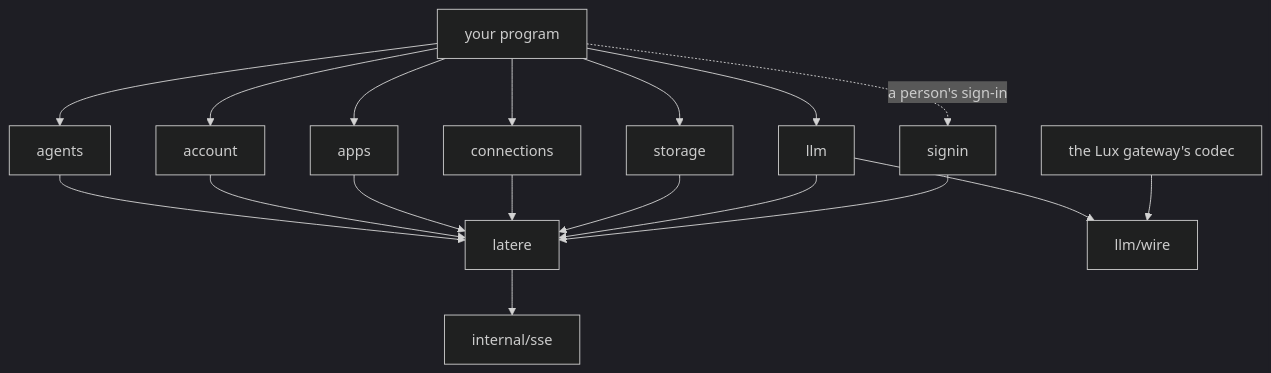
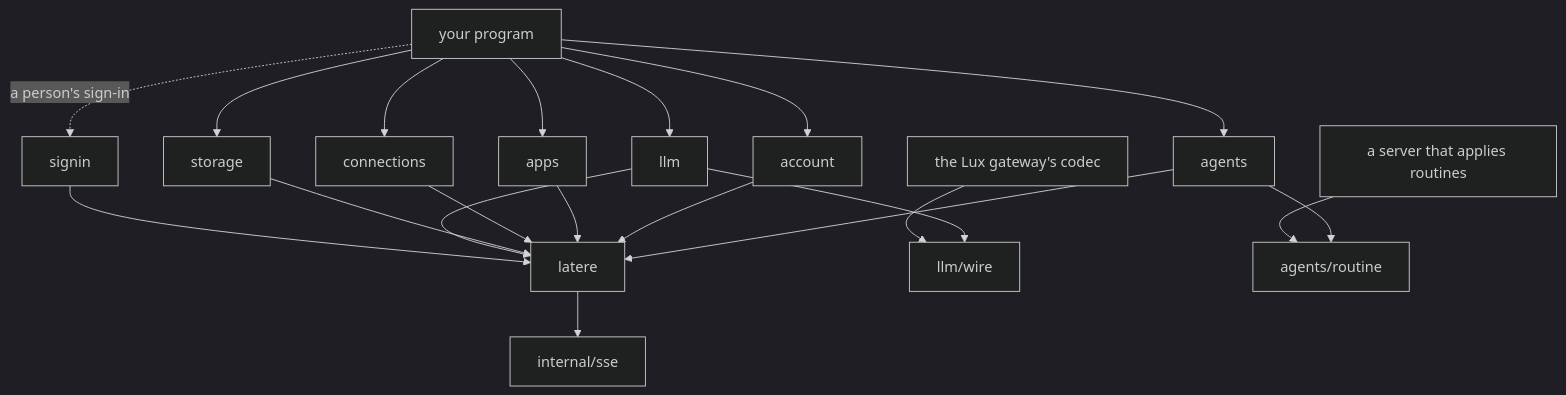
One commit to latere-ai/sdk-go changed the diagram in docs/design.md. Above: the diagram before and after it, drawn with Mermaid (dark theme). The commit also changed other lines of this file and 3 other files, not shown here.

Commit message:
docs: package agents/routine in the readme, the design, the package docs and the changelog

````diff
--- a/docs/design.md
+++ b/docs/design.md
@@ -23,20 +23,22 @@
 ```mermaid
 flowchart TD
     agents --> latere
     account --> latere
     apps --> latere
     connections --> latere
     storage --> latere
     llm --> latere
     llm --> wire[llm/wire]
+    agents --> routine[agents/routine]
     signin --> latere
     latere --> sse[internal/sse]
     app[your program] --> agents
     app --> account
     app --> apps
     app --> connections
     app --> storage
     app --> llm
     app -. a person's sign-in .-> signin
     gateway[the Lux gateway's codec] --> wire
+    server[a server that applies routines] --> routine
 ```
````
